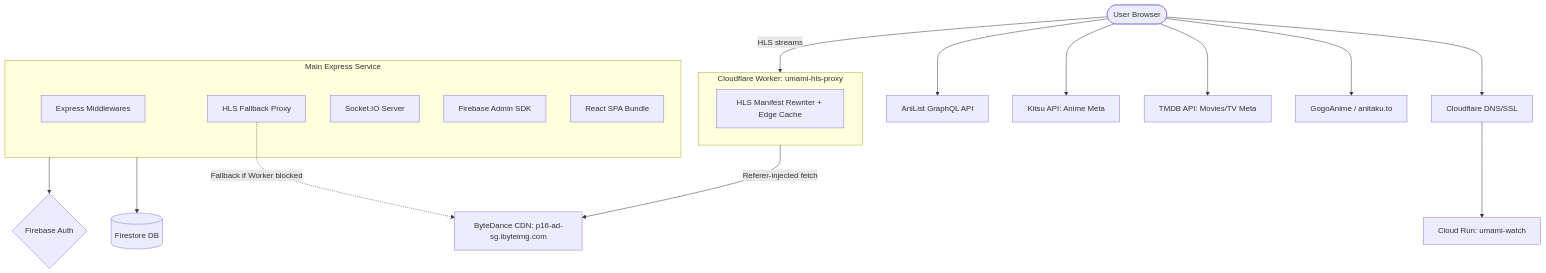
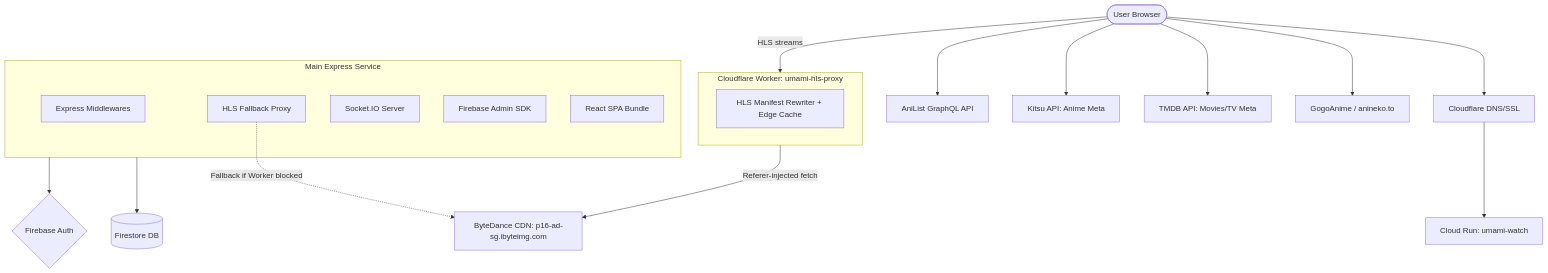
Before and after one commit to kiiro-tenshi/umami-watch: the first of 2 diagrams in README.md, drawn with Mermaid. The commit also changed other lines of this file and 2 other files, not shown here.

Commit message:
refactor: update references from anitaku.to to anineko.to across documentation and code

````diff
--- a/README.md
+++ b/README.md
@@ -14,30 +14,30 @@
 ```mermaid
 graph TD
     User([User Browser]) --> CF[Cloudflare DNS/SSL]
     CF --> CR_Main[Cloud Run: umami-watch]
 
     subgraph CR_Main_Sub [Main Express Service]
         Express[Express Middlewares]
         HLS_Fallback[HLS Fallback Proxy]
         SocketIO[Socket.IO Server]
         AdminSDK[Firebase Admin SDK]
         Frontend[React SPA Bundle]
     end
 
     subgraph CFWorker [Cloudflare Worker: umami-hls-proxy]
         HLS_Worker[HLS Manifest Rewriter + Edge Cache]
     end
 
     CR_Main_Sub --> Firestore[(Firestore DB)]
     CR_Main_Sub --> Auth{Firebase Auth}
 
     User -->|HLS streams| CFWorker
     CFWorker -->|Referer-injected fetch| ByteDanceCDN[ByteDance CDN: p16-ad-sg.ibyteimg.com]
 
     HLS_Fallback -.->|Fallback if Worker blocked| ByteDanceCDN
 
-    User --> GogoAnime[GogoAnime / anitaku.to]
+    User --> GogoAnime[GogoAnime / anineko.to]
     User --> TMDB[TMDB API: Movies/TV Meta]
     User --> Kitsu[Kitsu API: Anime Meta]
     User --> AniList[AniList GraphQL API]
 ```
````
